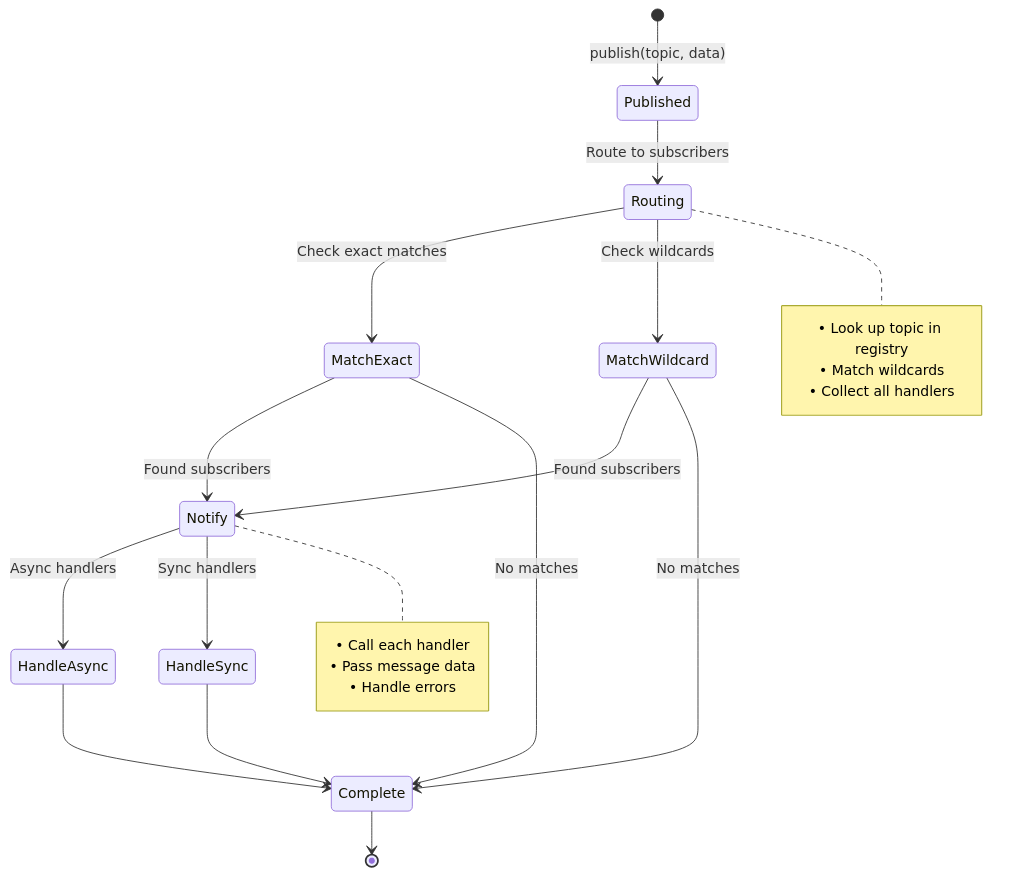
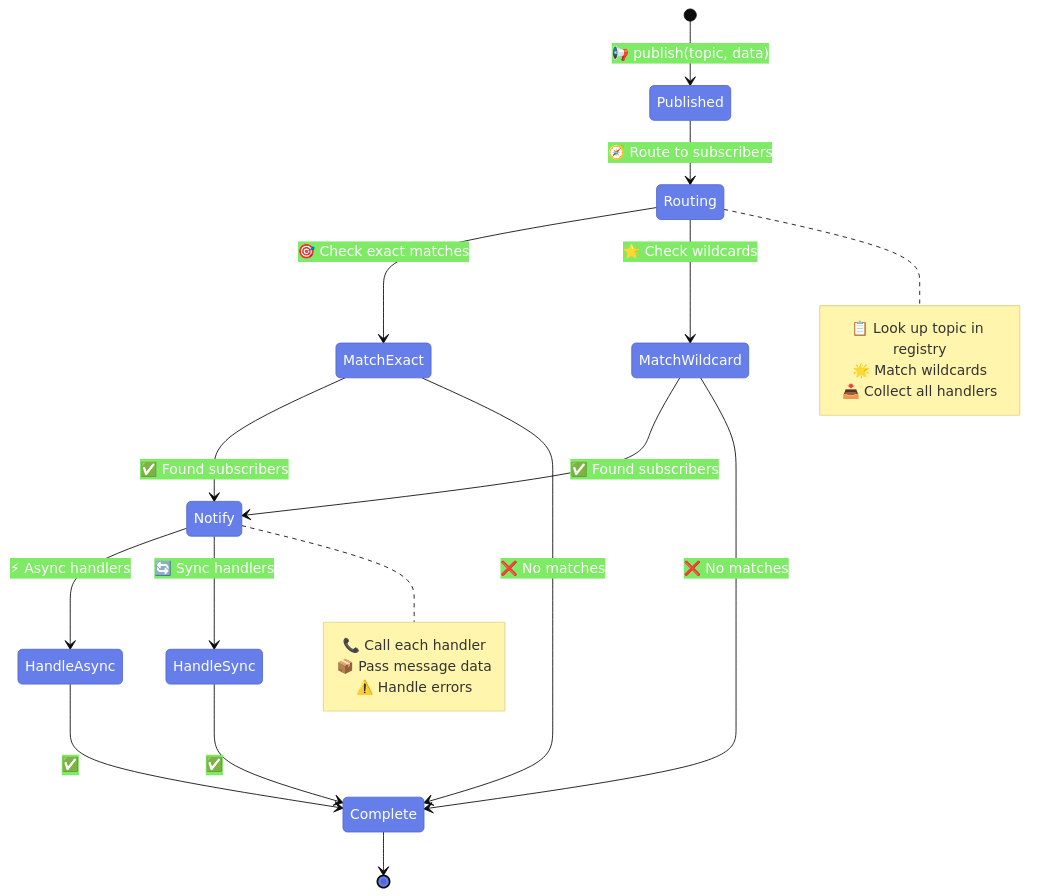
One commit to larcjs/larc changed the ninth of 10 diagrams in docs/books/learning-larc/diagrams/05-pan-bus.md. Above: the diagram before and after it, drawn with Mermaid. The commit also changed other lines of this file and 12 other files, not shown here.

First line of the commit message:
docs: expand Learning LARC chapters 11-19 into individual files and enhance diagrams

````diff
--- a/docs/books/learning-larc/diagrams/05-pan-bus.md
+++ b/docs/books/learning-larc/diagrams/05-pan-bus.md
@@ -303,33 +341,34 @@
 ```mermaid
+%%{init: {'theme':'base', 'themeVariables': { 'primaryColor':'#667eea','primaryTextColor':'#fff','primaryBorderColor':'#5568d3'}}}%%
 stateDiagram-v2
-    [*] --> Published: publish(topic, data)
-    Published --> Routing: Route to subscribers
-    Routing --> MatchExact: Check exact matches
-    Routing --> MatchWildcard: Check wildcards
+    [*] --> Published: 📢 publish(topic, data)
+    Published --> Routing: 🧭 Route to subscribers
+    Routing --> MatchExact: 🎯 Check exact matches
+    Routing --> MatchWildcard: 🌟 Check wildcards
 
-    MatchExact --> Notify: Found subscribers
-    MatchWildcard --> Notify: Found subscribers
+    MatchExact --> Notify: ✅ Found subscribers
+    MatchWildcard --> Notify: ✅ Found subscribers
 
-    MatchExact --> Complete: No matches
-    MatchWildcard --> Complete: No matches
+    MatchExact --> Complete: ❌ No matches
+    MatchWildcard --> Complete: ❌ No matches
 
-    Notify --> HandleAsync: Async handlers
-    Notify --> HandleSync: Sync handlers
+    Notify --> HandleAsync: ⚡ Async handlers
+    Notify --> HandleSync: 🔄 Sync handlers
 
-    HandleAsync --> Complete
-    HandleSync --> Complete
+    HandleAsync --> Complete: ✅
+    HandleSync --> Complete: ✅
 
     Complete --> [*]
 
     note right of Routing
-        • Look up topic in registry
-        • Match wildcards
-        • Collect all handlers
+        📋 Look up topic in registry
+        🌟 Match wildcards
+        📥 Collect all handlers
     end note
 
     note right of Notify
-        • Call each handler
-        • Pass message data
-        • Handle errors
+        📞 Call each handler
+        📦 Pass message data
+        ⚠️ Handle errors
     end note
 ```
````
